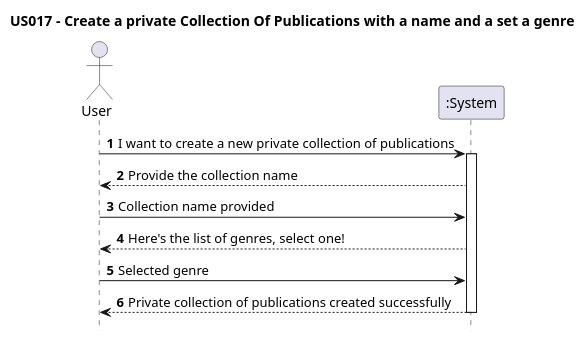
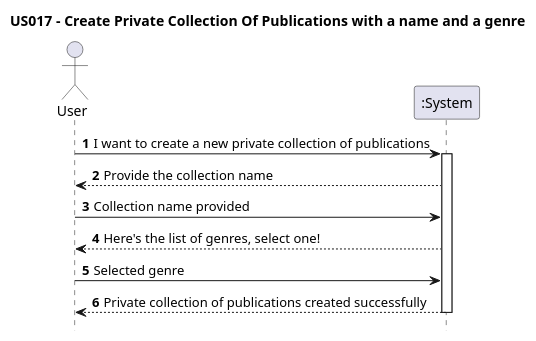
One commit to AndrePereiraGitH/SWitCH-Project-Team_A changed the diagram in Diagrams/SequenceDiagrams/N1/US017-to-create-private-publications-list.puml. Above: the diagram before and after it, drawn with PlantUML. The commit also changed 7 other files, not shown here.

Commit message:
Working on #250, updated SD & CD to include FactoryCollectionOfPublications in US017 design (Closes #250)

```diff
--- a/Diagrams/SequenceDiagrams/N1/US017-to-create-private-publications-list.puml
+++ b/Diagrams/SequenceDiagrams/N1/US017-to-create-private-publications-list.puml
@@ -1,22 +1,22 @@
 @startuml
 autonumber
 hide footbox
 
-title US017 - Create a private Collection Of Publications with a name and a set a genre
+title US017 - Create Private Collection Of Publications with a name and a genre
 
 actor "User" as User
 participant ":System" as System
 
 User -> System : I want to create a new private collection of publications
 activate System
 
 System --> User : Provide the collection name
 User -> System : Collection name provided
 
 System --> User : Here's the list of genres, select one!
 User -> System : Selected genre
 
 System --> User : Private collection of publications created successfully
 deactivate System
 
 @enduml
```
